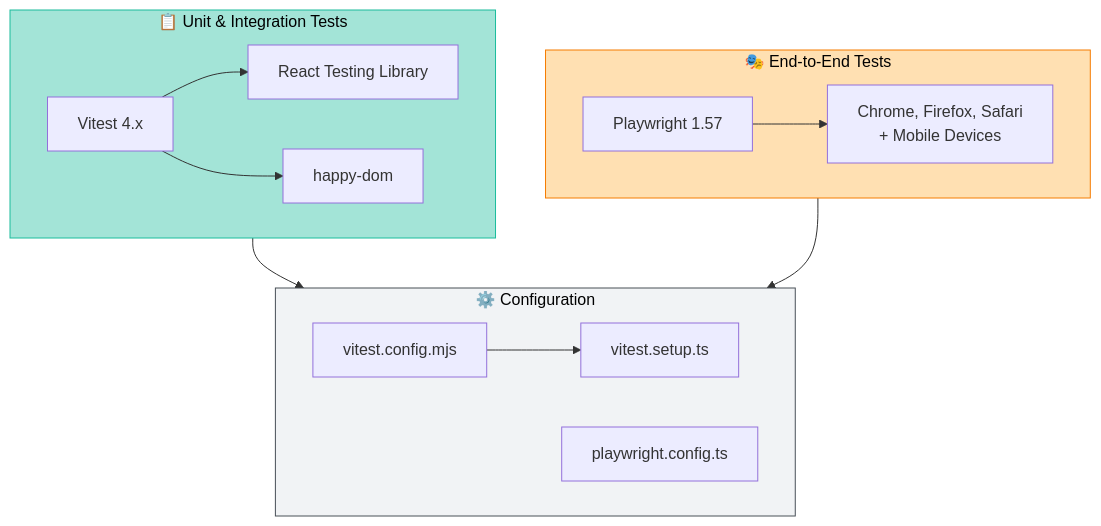
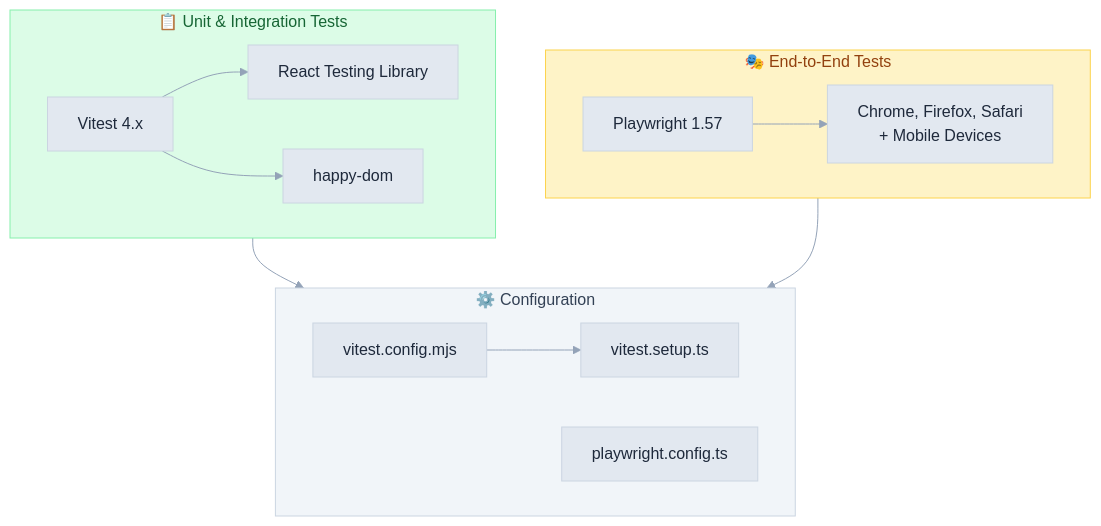
One commit to 3DHDSoft/devmultiplier-academy changed the diagram in doc/TESTING_OVERVIEW.md. Above: the diagram before and after it, drawn with Mermaid. The commit also changed 19 other files, not shown here.

````diff
--- a/doc/TESTING_OVERVIEW.md
+++ b/doc/TESTING_OVERVIEW.md
@@ -7,30 +7,40 @@
 ```mermaid
-graph TB
+%%{init: {'theme': 'base', 'themeVariables': {
+  'primaryColor': '#e2e8f0',
+  'primaryTextColor': '#1e293b',
+  'primaryBorderColor': '#cbd5e1',
+  'lineColor': '#94a3b8',
+  'secondaryColor': '#f1f5f9',
+  'tertiaryColor': '#f8fafc',
+  'background': '#ffffff',
+  'textColor': '#334155',
+  'fontFamily': 'system-ui, -apple-system, sans-serif'
+}}}%%graph TB
     subgraph Unit["📋 Unit & Integration Tests"]
         Vitest["Vitest 4.x"]
         RTL["React Testing Library"]
         HappyDOM["happy-dom"]
         Vitest --> RTL
         Vitest --> HappyDOM
     end
 
     subgraph E2E["🎭 End-to-End Tests"]
         Playwright["Playwright 1.57"]
         Browsers["Chrome, Firefox, Safari<br/>+ Mobile Devices"]
         Playwright --> Browsers
     end
 
     subgraph Config["⚙️ Configuration"]
         VitestConfig["vitest.config.mjs"]
         PlaywrightConfig["playwright.config.ts"]
         Setup["vitest.setup.ts"]
         VitestConfig --> Setup
     end
 
     Unit --> Config
     E2E --> Config
 
-    style Unit fill:#a3e4d7,stroke:#1abc9c,color:#000
-    style E2E fill:#ffe0b2,stroke:#f57c00,color:#000
-    style Config fill:#f1f3f5,stroke:#495057,color:#000
+    style Unit fill:#dcfce7,stroke:#86efac,color:#166534
+    style E2E fill:#fef3c7,stroke:#fcd34d,color:#92400e
+    style Config fill:#f1f5f9,stroke:#cbd5e1,color:#334155
 ```
````
